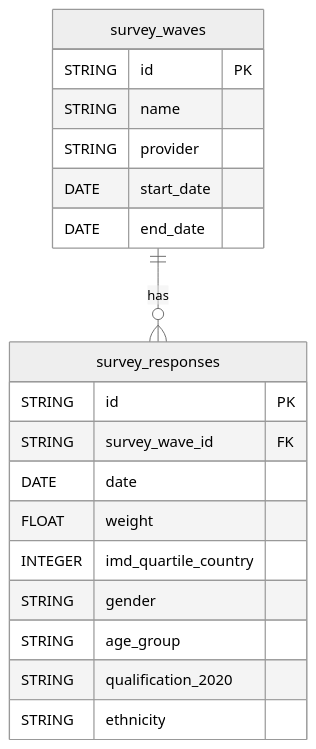
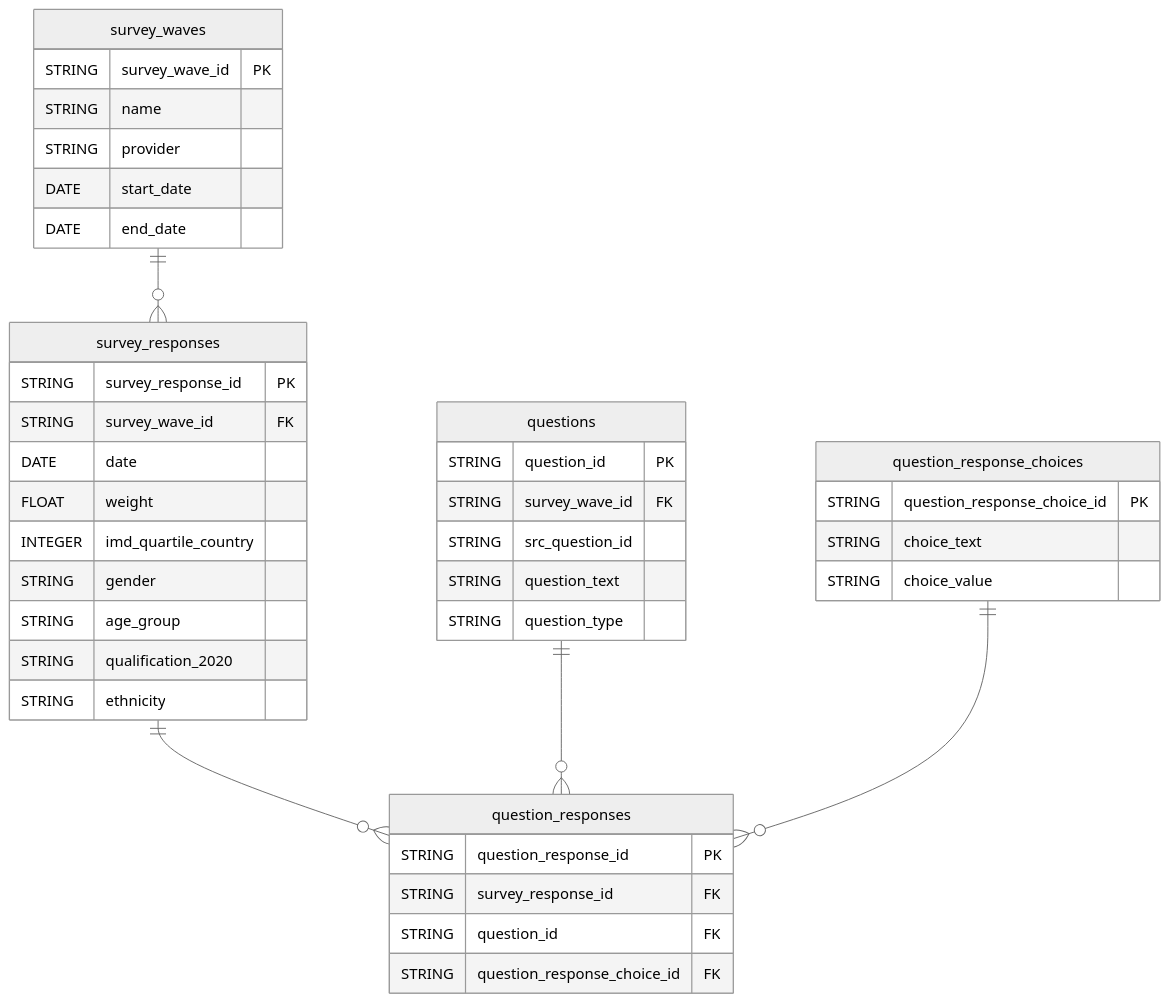
One commit to alphagov/govuk-polling-dataform changed the diagram in README.md. Above: the diagram before and after it, drawn with Mermaid (neutral theme). The commit also changed 14 other files, not shown here.

````diff
--- a/README.md
+++ b/README.md
@@ -13,24 +13,48 @@
 ```mermaid
 erDiagram
     survey_waves {
-        STRING id PK
+        STRING survey_wave_id PK
         STRING name
         STRING provider
         DATE start_date
         DATE end_date
     }
 
     survey_responses {
-        STRING id PK
+        STRING survey_response_id PK
         STRING survey_wave_id FK
         DATE date
         FLOAT weight
         INTEGER imd_quartile_country
         STRING gender
         STRING age_group
         STRING qualification_2020
         STRING ethnicity
     }
 
-    survey_waves ||--o{ survey_responses : "has"
+    question_responses {
+        STRING question_response_id PK
+        STRING survey_response_id FK
+        STRING question_id FK
+        STRING question_response_choice_id FK
+    }
+
+    questions {
+        STRING question_id PK
+        STRING survey_wave_id FK
+        STRING src_question_id
+        STRING question_text
+        STRING question_type
+    }
+
+    question_response_choices {
+        STRING question_response_choice_id PK
+        STRING choice_text
+        STRING choice_value
+    }
+
+    survey_waves ||--o{ survey_responses : ""
+    survey_responses ||--o{ question_responses : ""
+    questions ||--o{ question_responses : ""
+    question_response_choices ||--o{ question_responses : ""
 ```
````
